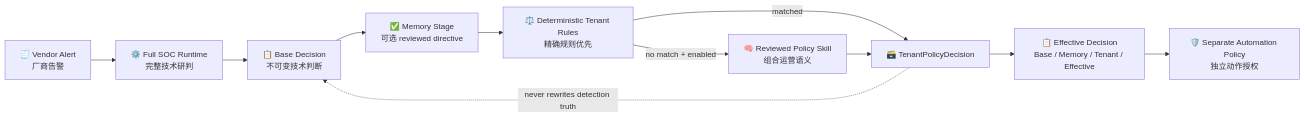
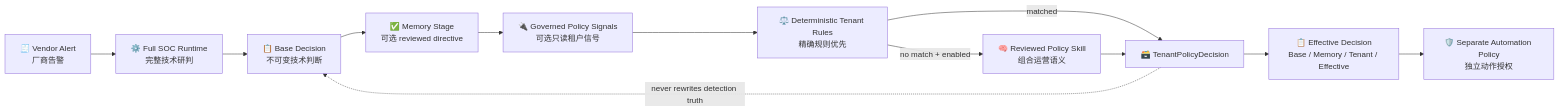
Before and after one commit to yydspanda/deer-flow: diagram 14 of 16 in .notes/ai_soc/soc-agent-solution.md, drawn with Mermaid. The commit also changed other lines of this file and 29 other files, not shown here.

````diff
--- a/.notes/ai_soc/soc-agent-solution.md
+++ b/.notes/ai_soc/soc-agent-solution.md
@@ -1339,13 +1339,14 @@
 ```mermaid
 flowchart LR
     A["🧾 Vendor Alert<br/>厂商告警"] --> R["⚙️ Full SOC Runtime<br/>完整技术研判"]
     R --> B["📋 Base Decision<br/>不可变技术判断"]
     B --> M["✅ Memory Stage<br/>可选 reviewed directive"]
-    M --> E["⚖️ Deterministic Tenant Rules<br/>精确规则优先"]
+    M --> P["🔌 Governed Policy Signals<br/>可选只读租户信号"]
+    P --> E["⚖️ Deterministic Tenant Rules<br/>精确规则优先"]
     E -->|matched| D["🗃️ TenantPolicyDecision"]
     E -->|no match + enabled| S["🧠 Reviewed Policy Skill<br/>组合运营语义"]
     S --> D
     D --> F["📋 Effective Decision<br/>Base / Memory / Tenant / Effective"]
     F --> AP["🛡️ Separate Automation Policy<br/>独立动作授权"]
     D -. "never rewrites detection truth" .-> B
 ```
````
